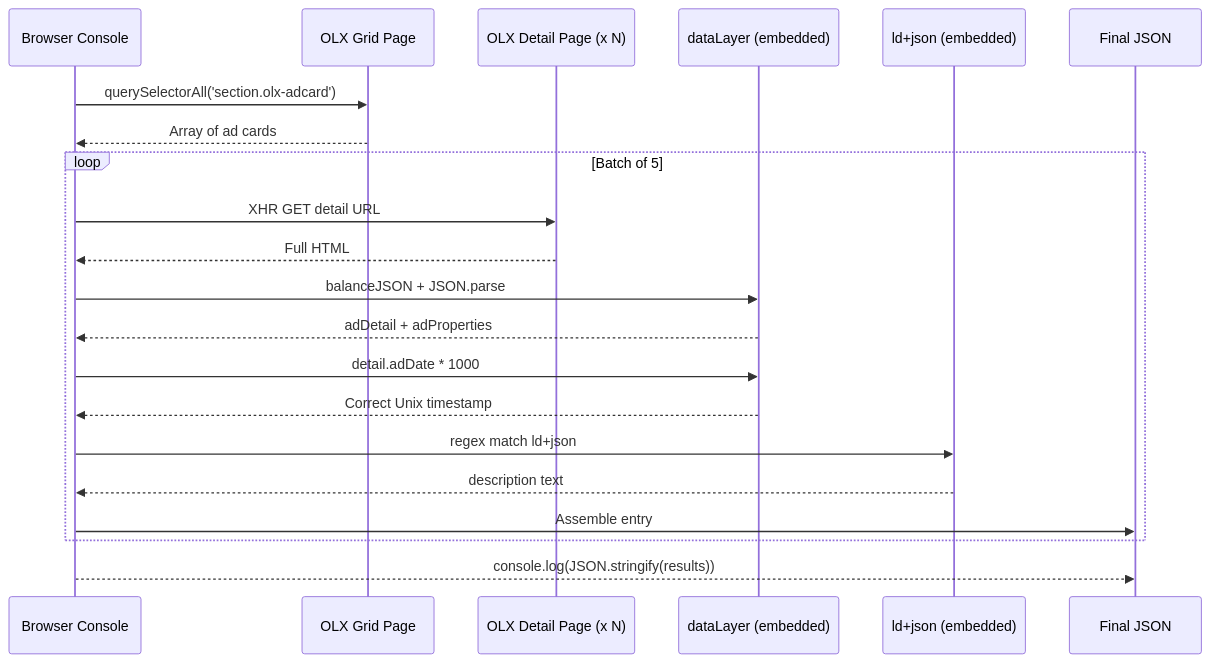
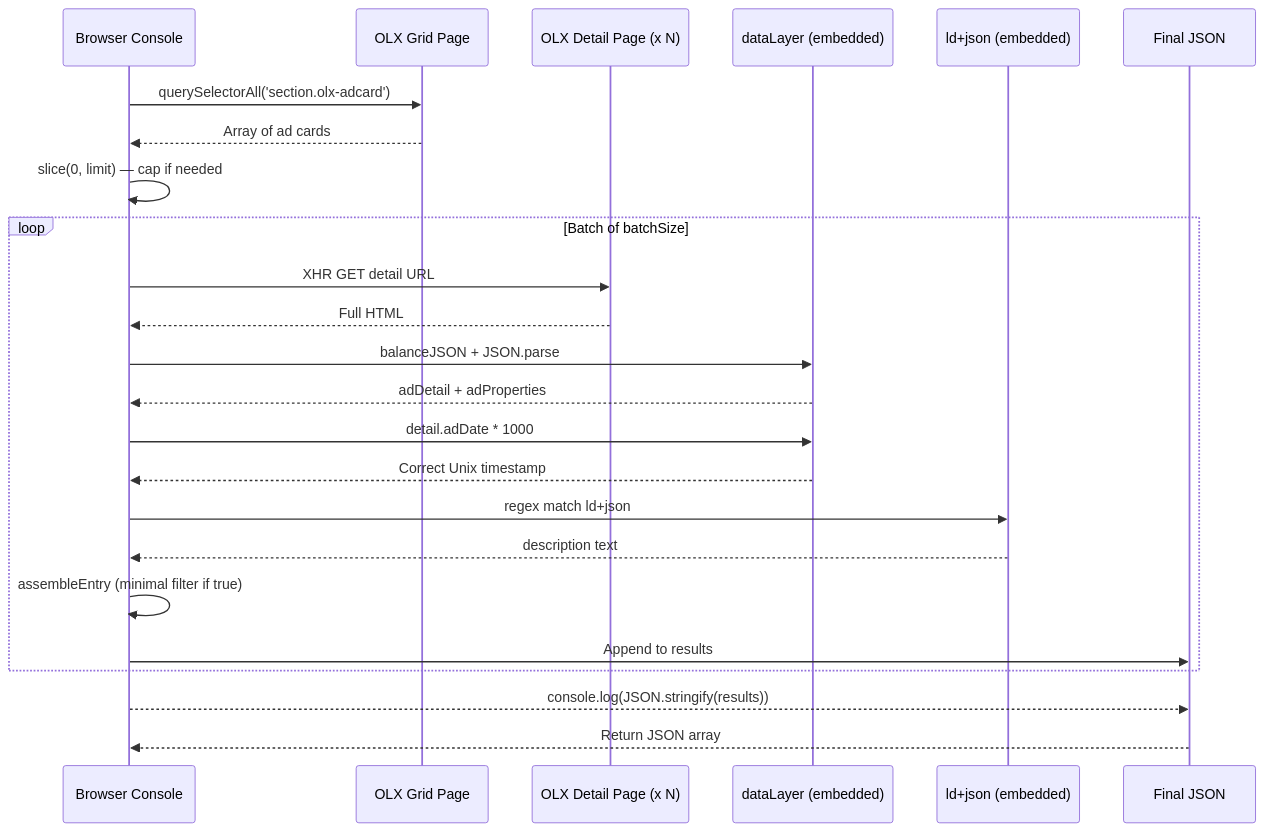
One commit to klimadev/olx-scraper changed the second of 2 diagrams in README.md. Above: the diagram before and after it, drawn with Mermaid. The commit also changed other lines of this file and 2 other files, not shown here.

First line of the commit message:
feat: refactor to class-based API with minimal mode, limit, and configurable options

````diff
--- a/README.md
+++ b/README.md
@@ -115,26 +157,29 @@
 ```mermaid
 sequenceDiagram
     participant Console as Browser Console
     participant Grid as OLX Grid Page
     participant Detail as OLX Detail Page (x N)
     participant DL as dataLayer (embedded)
     participant LD as ld+json (embedded)
     participant Output as Final JSON
 
     Console->>Grid: querySelectorAll('section.olx-adcard')
     Grid-->>Console: Array of ad cards
+    Console->>Console: slice(0, limit) — cap if needed
 
-    loop Batch of 5
+    loop Batch of batchSize
         Console->>Detail: XHR GET detail URL
         Detail-->>Console: Full HTML
         Console->>DL: balanceJSON + JSON.parse
         DL-->>Console: adDetail + adProperties
         Console->>DL: detail.adDate * 1000
         DL-->>Console: Correct Unix timestamp
         Console->>LD: regex match ld+json
         LD-->>Console: description text
-        Console->>Output: Assemble entry
+        Console->>Console: assembleEntry (minimal filter if true)
+        Console->>Output: Append to results
     end
 
     Console-->>Output: console.log(JSON.stringify(results))
+    Output-->>Console: Return JSON array
 ```
````
